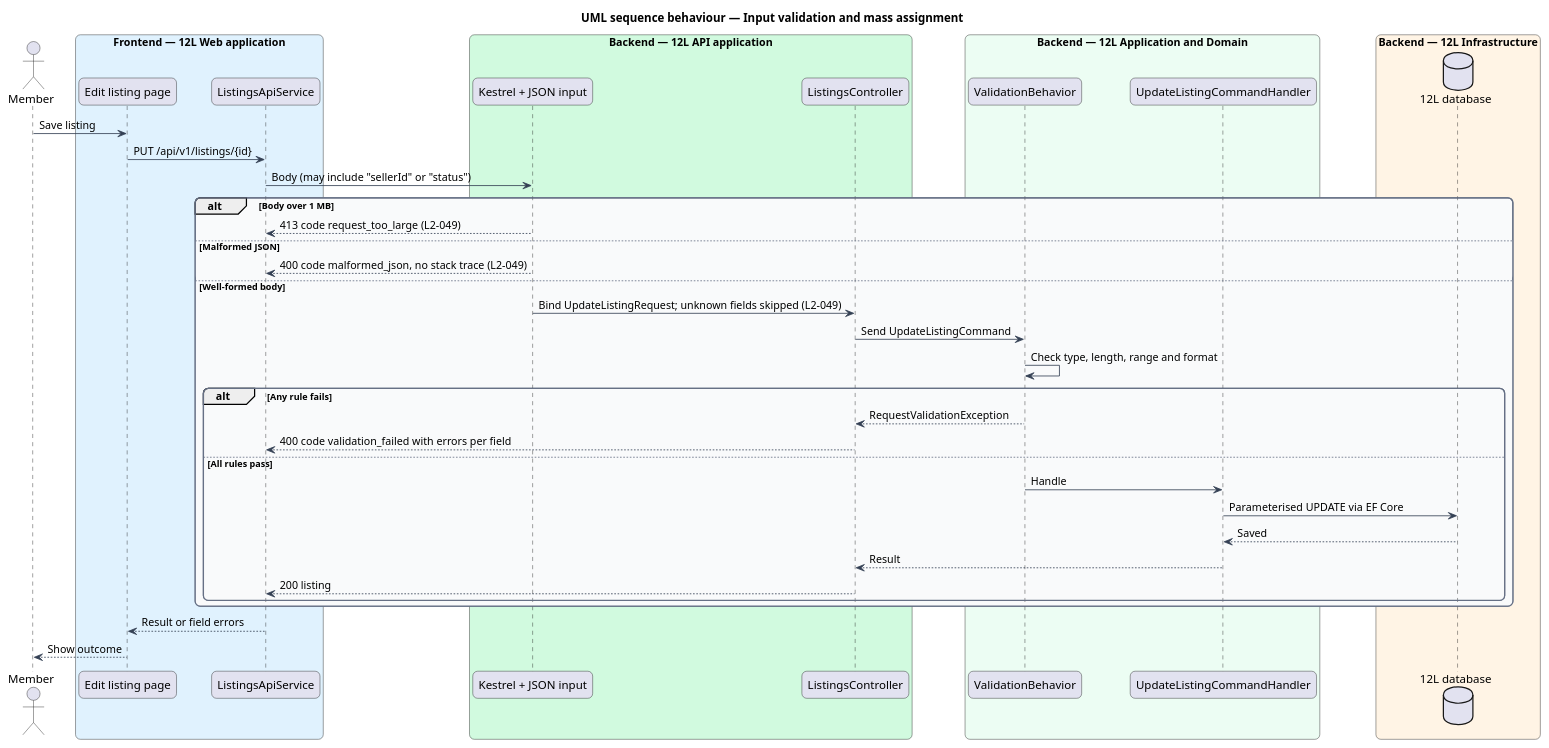
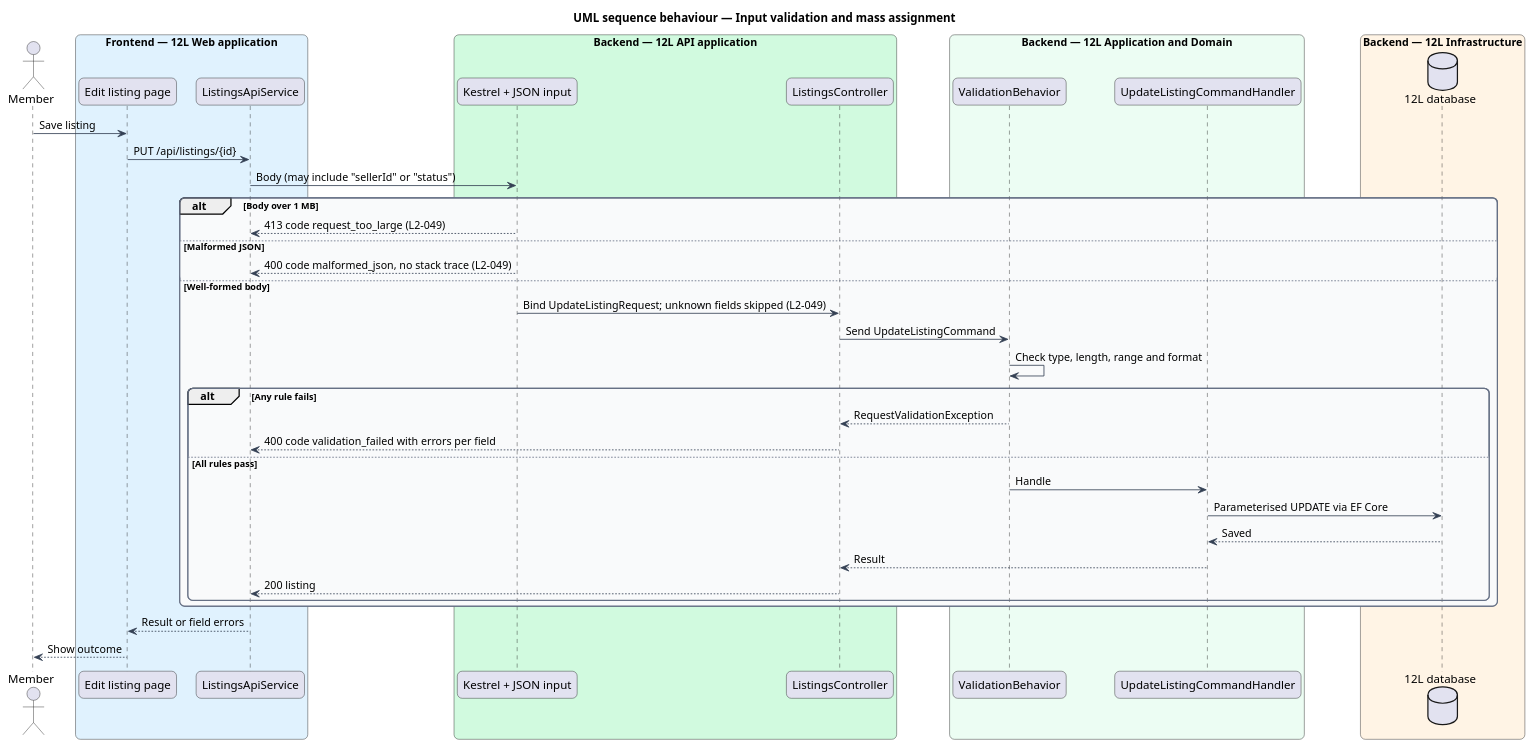
The diagram in docs/detailed-designs/platform/harden-http-and-api/diagrams/sequence-input-validation.puml (QuinntyneBrown/12l), drawn with PlantUML before and after one commit. The commit also changed 28 other files, not shown here.

```diff
--- a/docs/detailed-designs/platform/harden-http-and-api/diagrams/sequence-input-validation.puml
+++ b/docs/detailed-designs/platform/harden-http-and-api/diagrams/sequence-input-validation.puml
@@ -1,57 +1,57 @@
 @startuml
 title UML sequence behaviour — Input validation and mass assignment
 skinparam backgroundColor #FFFFFF
 skinparam shadowing false
 skinparam roundcorner 12
 skinparam defaultFontName Arial
 skinparam ArrowColor #344054
 skinparam rectangle {
   BorderColor #344054
   FontColor #101828
 }
 skinparam package {
   BorderColor #667085
   FontColor #101828
   BackgroundColor #F9FAFB
 }
 actor "Member" as actor
 box "Frontend — 12L Web application" #E0F2FE
   participant "Edit listing page" as page
   participant "ListingsApiService" as client
 end box
 box "Backend — 12L API application" #D1FADF
   participant "Kestrel + JSON input" as kestrel
   participant "ListingsController" as ctrl
 end box
 box "Backend — 12L Application and Domain" #ECFDF3
   participant "ValidationBehavior" as vb
   participant "UpdateListingCommandHandler" as handler
 end box
 box "Backend — 12L Infrastructure" #FFF4E5
   database "12L database" as db
 end box
 actor -> page : Save listing
-page -> client : PUT /api/v1/listings/{id}
+page -> client : PUT /api/listings/{id}
 client -> kestrel : Body (may include "sellerId" or "status")
 alt Body over 1 MB
   kestrel --> client : 413 code request_too_large (L2-049)
 else Malformed JSON
   kestrel --> client : 400 code malformed_json, no stack trace (L2-049)
 else Well-formed body
   kestrel -> ctrl : Bind UpdateListingRequest; unknown fields skipped (L2-049)
   ctrl -> vb : Send UpdateListingCommand
   vb -> vb : Check type, length, range and format
   alt Any rule fails
     vb --> ctrl : RequestValidationException
     ctrl --> client : 400 code validation_failed with errors per field
   else All rules pass
     vb -> handler : Handle
     handler -> db : Parameterised UPDATE via EF Core
     db --> handler : Saved
     handler --> ctrl : Result
     ctrl --> client : 200 listing
   end
 end
 client --> page : Result or field errors
 page --> actor : Show outcome
 @enduml
```
